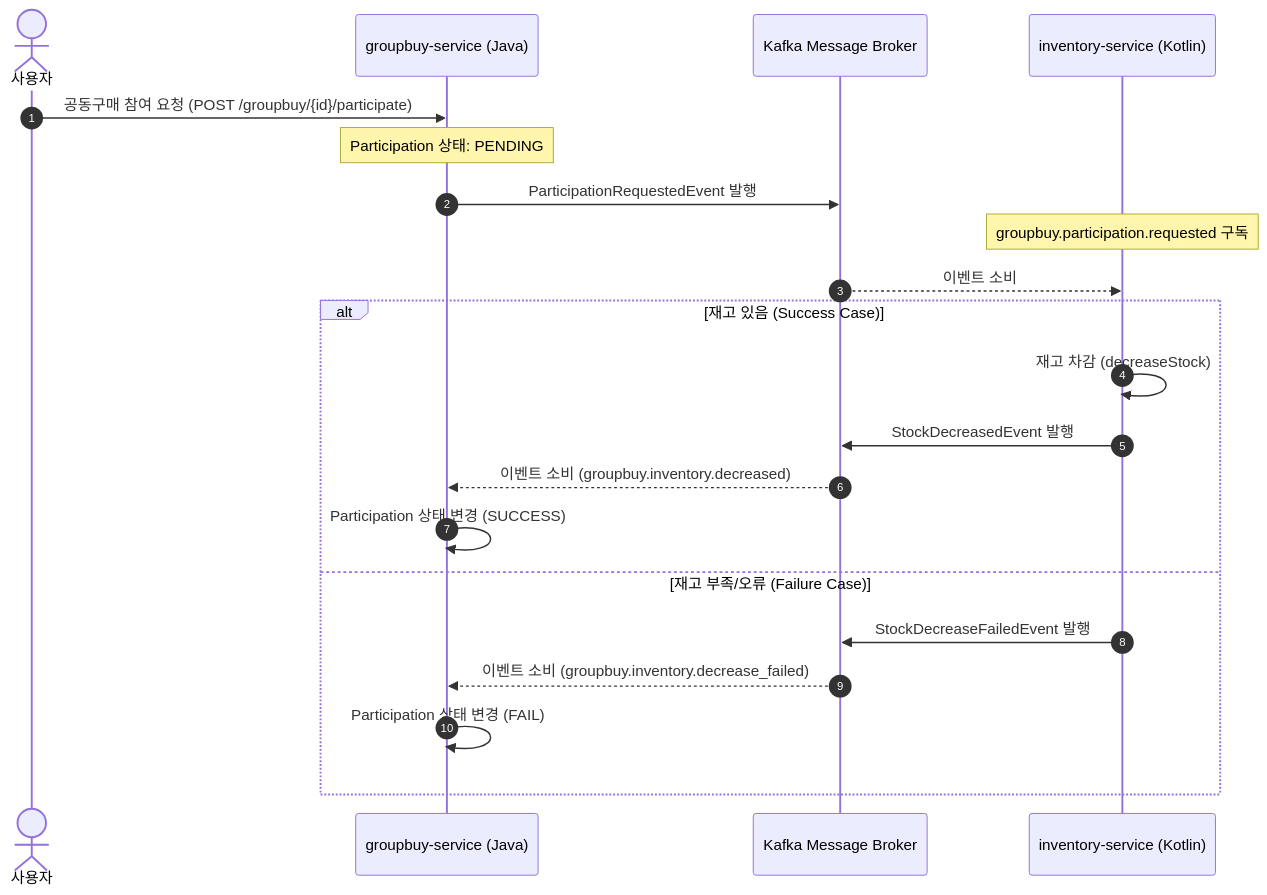
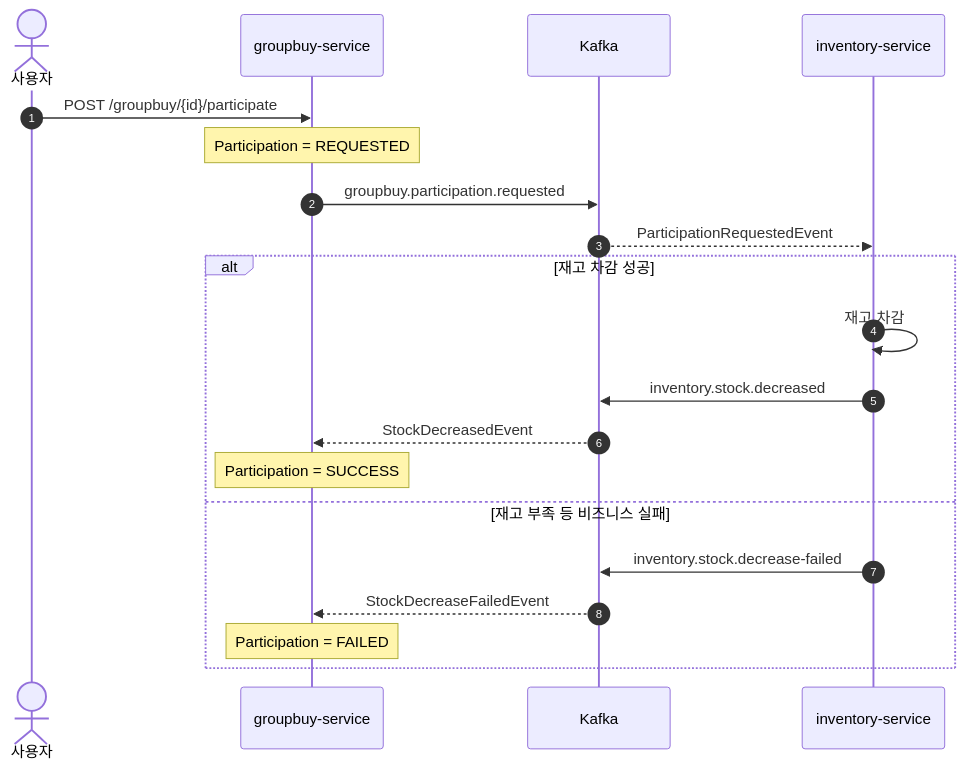
Before and after one commit to one-zeze/group-purchase: the diagram in README.md, drawn with Mermaid. The commit also changed other lines of this file, not shown here.

````diff
--- a/README.md
+++ b/README.md
@@ -16,26 +23,24 @@
 ```mermaid
 sequenceDiagram
     autonumber
     actor User as 사용자
-    participant GB as groupbuy-service (Java)
-    participant Kafka as Kafka Message Broker
-    participant IV as inventory-service (Kotlin)
+    participant GB as groupbuy-service
+    participant Kafka
+    participant IV as inventory-service
 
-    User->>GB: 공동구매 참여 요청 (POST /groupbuy/{id}/participate)
-    Note over GB: Participation 상태: PENDING
-    GB->>Kafka: ParticipationRequestedEvent 발행
-    
-    Note over IV: groupbuy.participation.requested 구독
-    Kafka-->>IV: 이벤트 소비
-    
-    alt 재고 있음 (Success Case)
-        IV->>IV: 재고 차감 (decreaseStock)
-        IV->>Kafka: StockDecreasedEvent 발행
-        Kafka-->>GB: 이벤트 소비 (groupbuy.inventory.decreased)
-        GB->>GB: Participation 상태 변경 (SUCCESS)
-    else 재고 부족/오류 (Failure Case)
-        IV->>Kafka: StockDecreaseFailedEvent 발행
-        Kafka-->>GB: 이벤트 소비 (groupbuy.inventory.decrease_failed)
-        GB->>GB: Participation 상태 변경 (FAIL)
+    User->>GB: POST /groupbuy/{id}/participate
+    Note over GB: Participation = REQUESTED
+    GB->>Kafka: groupbuy.participation.requested
+    Kafka-->>IV: ParticipationRequestedEvent
+
+    alt 재고 차감 성공
+        IV->>IV: 재고 차감
+        IV->>Kafka: inventory.stock.decreased
+        Kafka-->>GB: StockDecreasedEvent
+        Note over GB: Participation = SUCCESS
+    else 재고 부족 등 비즈니스 실패
+        IV->>Kafka: inventory.stock.decrease-failed
+        Kafka-->>GB: StockDecreaseFailedEvent
+        Note over GB: Participation = FAILED
     end
 ```
````
